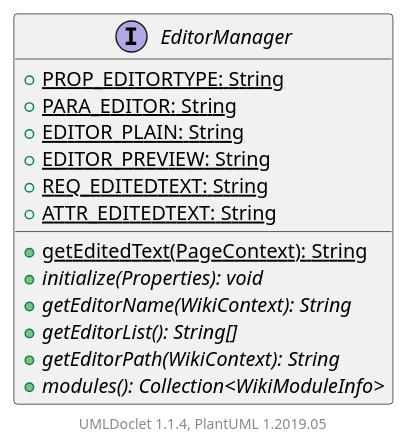
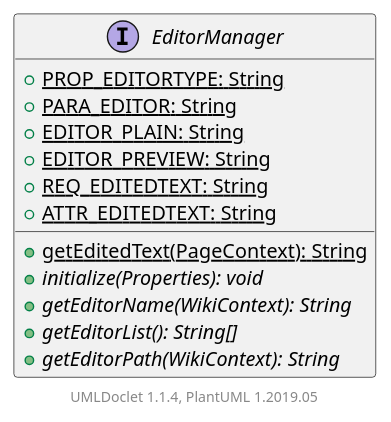
The diagram in apidocs/2.11.0.M7-SNAPSHOT/org/apache/wiki/ui/EditorManager.puml (apache/jspwiki-site), drawn with PlantUML before and after one commit. The commit also changed 1379 other files, not shown here.

```diff
--- a/apidocs/2.11.0.M7-SNAPSHOT/org/apache/wiki/ui/EditorManager.puml
+++ b/apidocs/2.11.0.M7-SNAPSHOT/org/apache/wiki/ui/EditorManager.puml
@@ -1,20 +1,19 @@
 @startuml
 
     interface EditorManager [[EditorManager.html]] {
         {static} +PROP_EDITORTYPE: String
         {static} +PARA_EDITOR: String
         {static} +EDITOR_PLAIN: String
         {static} +EDITOR_PREVIEW: String
         {static} +REQ_EDITEDTEXT: String
         {static} +ATTR_EDITEDTEXT: String
         {static} +getEditedText(PageContext): String
         {abstract} +initialize(Properties): void
         {abstract} +getEditorName(WikiContext): String
         {abstract} +getEditorList(): String[]
         {abstract} +getEditorPath(WikiContext): String
-        {abstract} +modules(): Collection<WikiModuleInfo>
     }
 
 
     center footer UMLDoclet 1.1.4, PlantUML 1.2019.05
 @enduml
```
